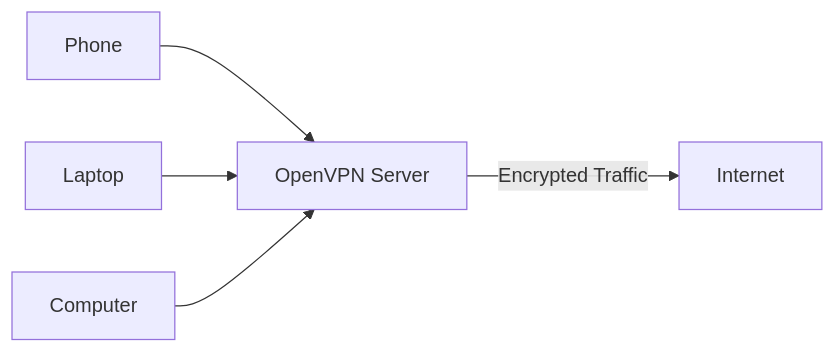
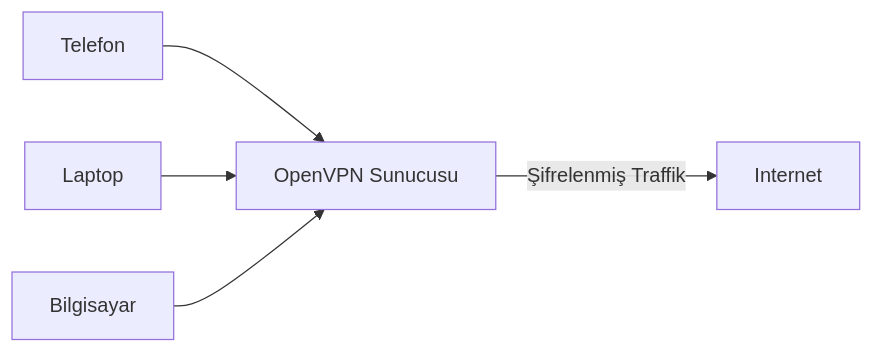
Before and after one commit to rootlus/openvpn-install-tr: the diagram in README.md, drawn with Mermaid. The commit also changed other lines of this file, not shown here.

````diff
--- a/README.md
+++ b/README.md
@@ -19,10 +19,10 @@
 ```mermaid
 graph LR
-  A[Phone] --> VPN
+  A[Telefon] --> VPN
   B[Laptop] --> VPN
-  C[Computer] --> VPN
+  C[Bilgisayar] --> VPN
 
-  VPN[OpenVPN Server]
+  VPN[OpenVPN Sunucusu]
 
-  VPN -->|Encrypted Traffic| I[Internet]
+  VPN -->|Şifrelenmiş Traffik| I[Internet]
 ```
````
